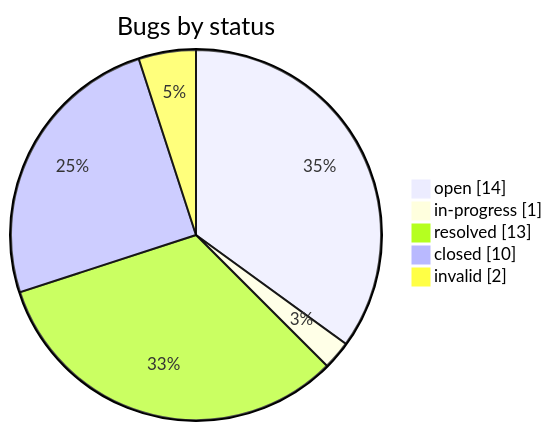
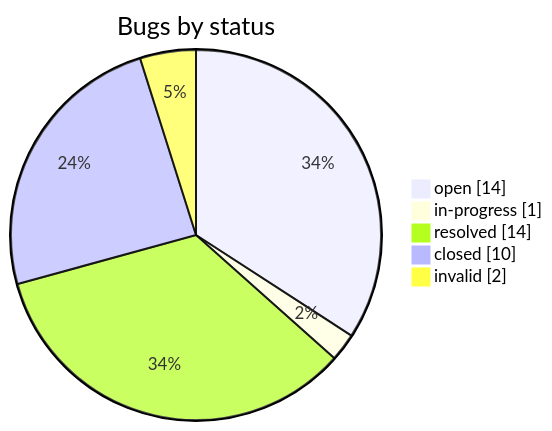
Before and after one commit to iammaxsu/automatic-testing-architecture: the second of 2 diagrams in STATUS.md, drawn with Mermaid. The commit also changed other lines of this file and 5 other files, not shown here.

````diff
--- a/STATUS.md
+++ b/STATUS.md
@@ -166,8 +166,8 @@
 ```mermaid
 pie showData title Bugs by status
     "open" : 14
     "in-progress" : 1
-    "resolved" : 13
+    "resolved" : 14
     "closed" : 10
     "invalid" : 2
 ```
````
